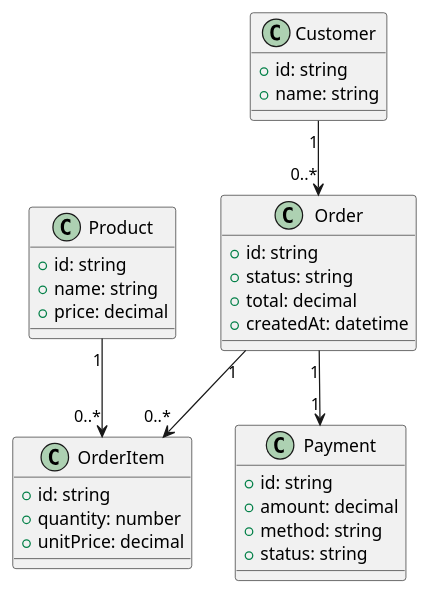
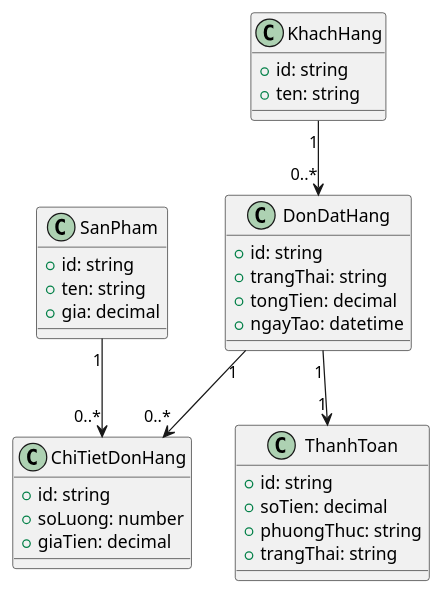
One commit to supergigachadsupreme300/brewlite2 changed the diagram in docs/diagrams/class-domain.puml. Above: the diagram before and after it, drawn with PlantUML. The commit also changed 11 other files, not shown here.

```diff
--- a/docs/diagrams/class-domain.puml
+++ b/docs/diagrams/class-domain.puml
@@ -1,37 +1,37 @@
 @startuml
-class Customer {
+class KhachHang {
   +id: string
-  +name: string
+  +ten: string
 }
 
-class Order {
+class DonDatHang {
   +id: string
-  +status: string
-  +total: decimal
-  +createdAt: datetime
+  +trangThai: string
+  +tongTien: decimal
+  +ngayTao: datetime
 }
 
-class OrderItem {
+class ChiTietDonHang {
   +id: string
-  +quantity: number
-  +unitPrice: decimal
+  +soLuong: number
+  +giaTien: decimal
 }
 
-class Product {
+class SanPham {
   +id: string
-  +name: string
-  +price: decimal
+  +ten: string
+  +gia: decimal
 }
 
-class Payment {
+class ThanhToan {
   +id: string
-  +amount: decimal
-  +method: string
-  +status: string
+  +soTien: decimal
+  +phuongThuc: string
+  +trangThai: string
 }
 
-Customer "1" --> "0..*" Order
-Order "1" --> "0..*" OrderItem
-Product "1" --> "0..*" OrderItem
-Order "1" --> "1" Payment
+KhachHang "1" --> "0..*" DonDatHang
+DonDatHang "1" --> "0..*" ChiTietDonHang
+SanPham "1" --> "0..*" ChiTietDonHang
+DonDatHang "1" --> "1" ThanhToan
 @enduml
```
